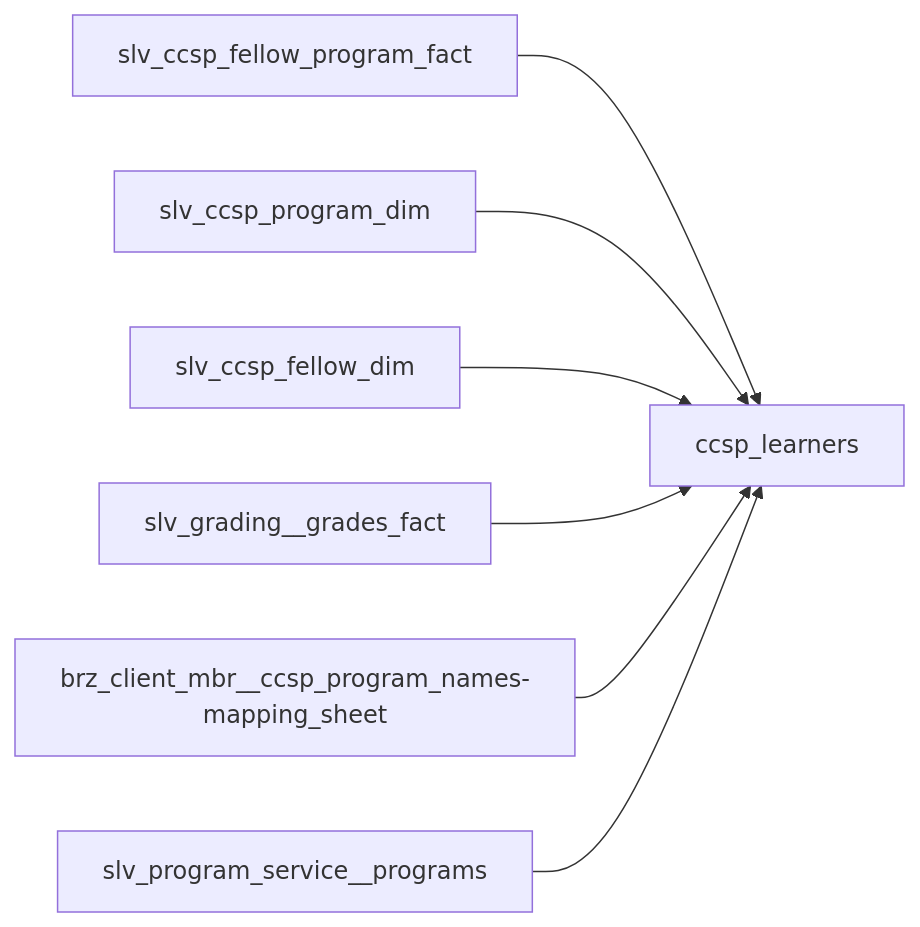
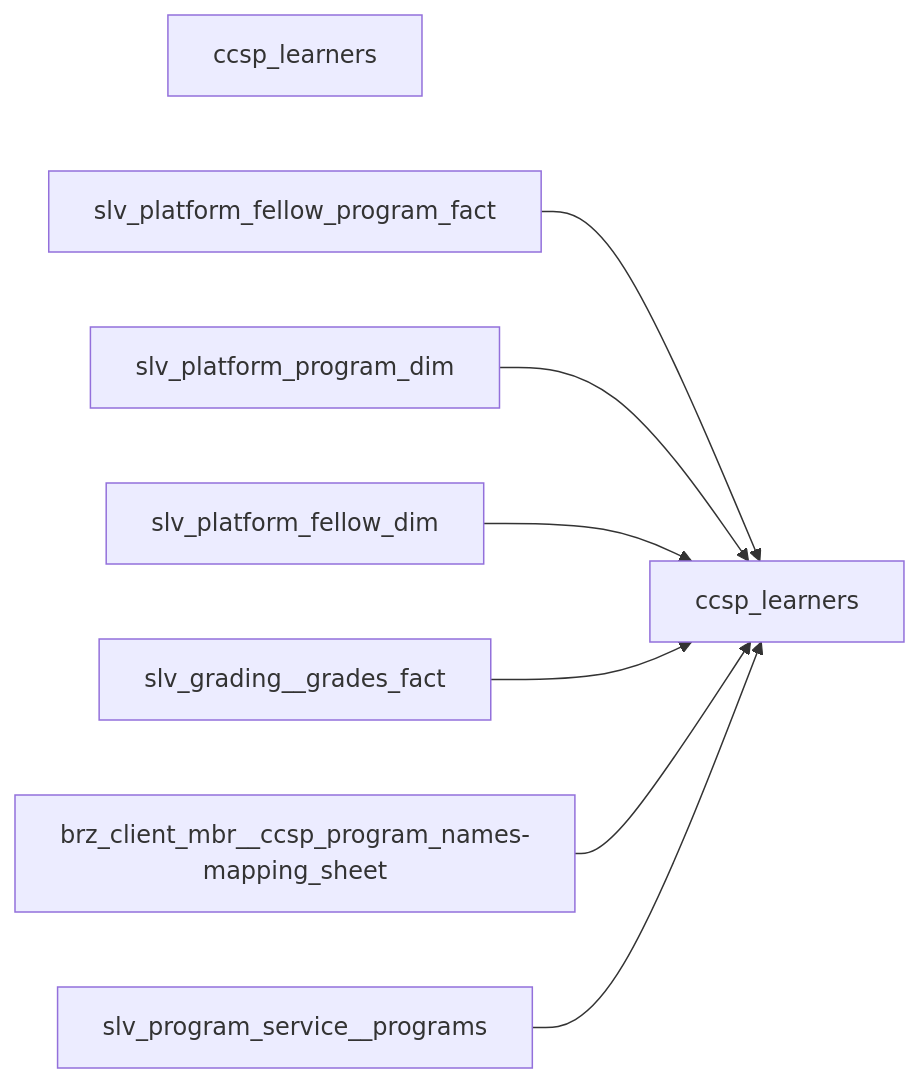
The second of 3 diagrams in docs/client_mbr_README.md (jealberton/dbt-portfolio), drawn with Mermaid before and after one commit. The commit also changed other lines of this file, not shown here.

Commit message:
Update client_mbr_README.md
fix some references names

````diff
--- a/docs/client_mbr_README.md
+++ b/docs/client_mbr_README.md
@@ -28,10 +28,10 @@
   ```mermaid
         graph LR
-          ccsp_learners["ccsp_learners"]
-          slv_ccsp_fellow_program_fact --> ccsp_learners
-          slv_ccsp_program_dim --> ccsp_learners
-          slv_ccsp_fellow_dim --> ccsp_learners
+          platform_learners["ccsp_learners"]
+          slv_platform_fellow_program_fact --> ccsp_learners
+          slv_platform_program_dim --> ccsp_learners
+          slv_platform_fellow_dim --> ccsp_learners
           slv_grading__grades_fact --> ccsp_learners
           brz_client_mbr__ccsp_program_names-mapping_sheet --> ccsp_learners
           slv_program_service__programs --> ccsp_learners
   ```
````
